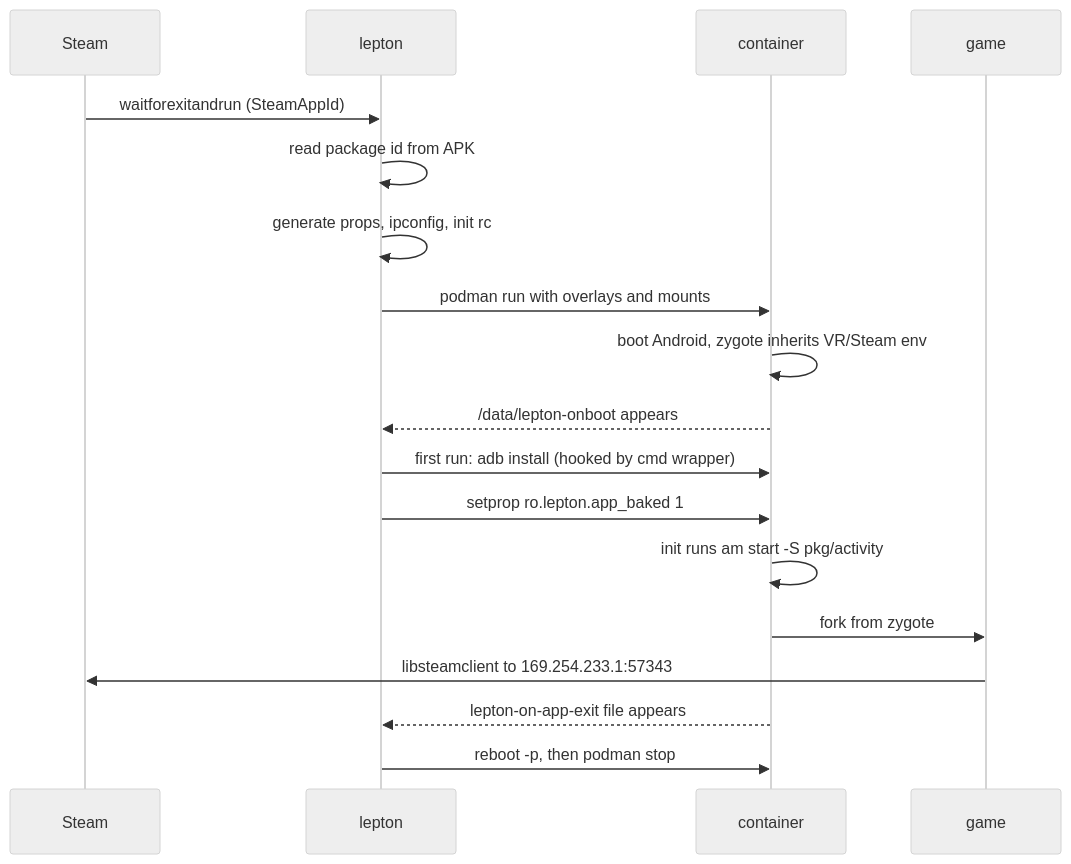
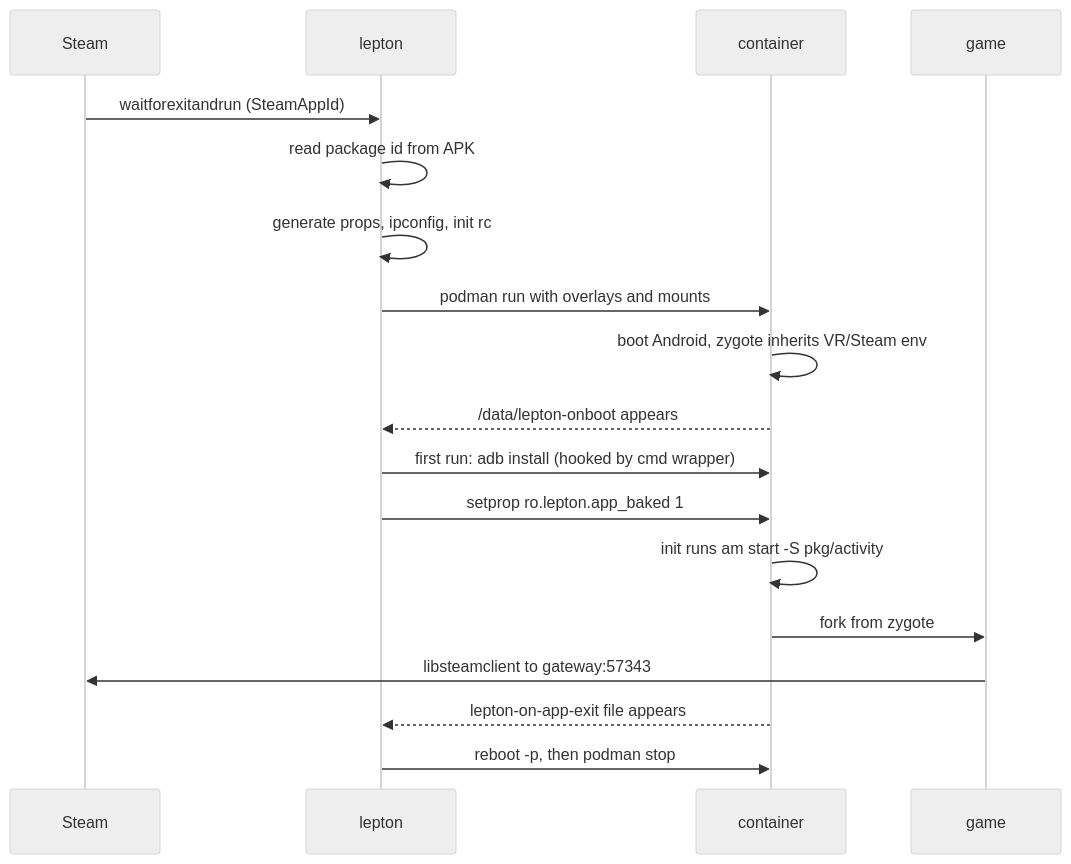
One commit to utzcoz/utzcoz.github.io changed the second of 4 diagrams in _posts/2026-09-04-steam-frame-lepton-architecture.md. Above: the diagram before and after it, drawn with Mermaid (neutral theme). The commit also changed other lines of this file, not shown here.

````diff
--- a/_posts/2026-09-04-steam-frame-lepton-architecture.md
+++ b/_posts/2026-09-04-steam-frame-lepton-architecture.md
@@ -187,21 +188,21 @@
 ```mermaid
 sequenceDiagram
     participant S as Steam
     participant L as lepton
     participant C as container
     participant G as game
 
     S->>L: waitforexitandrun (SteamAppId)
     L->>L: read package id from APK
     L->>L: generate props, ipconfig, init rc
     L->>C: podman run with overlays and mounts
     C->>C: boot Android, zygote inherits VR/Steam env
     C-->>L: /data/lepton-onboot appears
     L->>C: first run: adb install (hooked by cmd wrapper)
     L->>C: setprop ro.lepton.app_baked 1
     C->>C: init runs am start -S pkg/activity
     C->>G: fork from zygote
-    G->>S: libsteamclient to 169.254.233.1:57343
+    G->>S: libsteamclient to gateway:57343
     C-->>L: lepton-on-app-exit file appears
     L->>C: reboot -p, then podman stop
 ```
````
